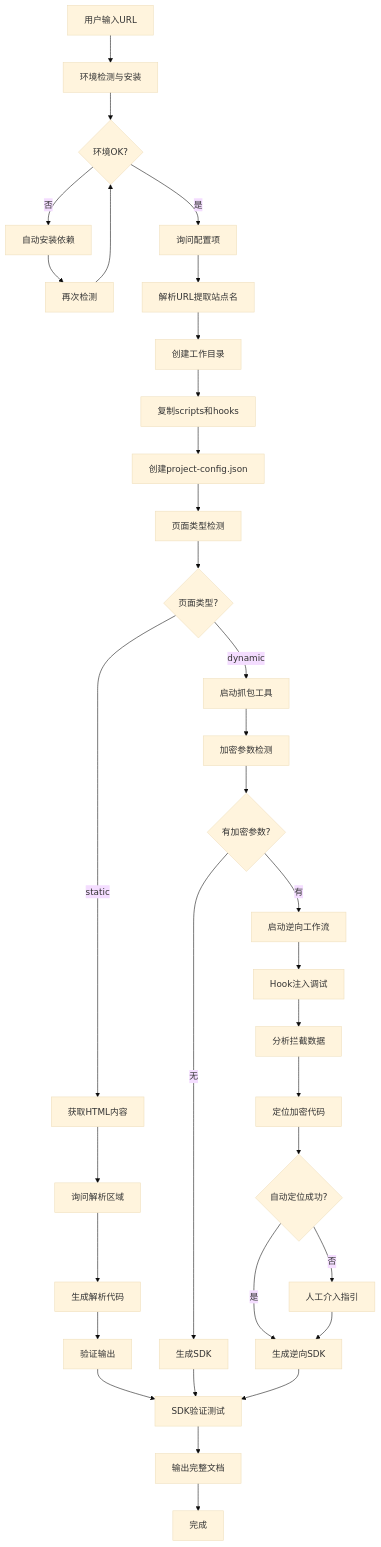
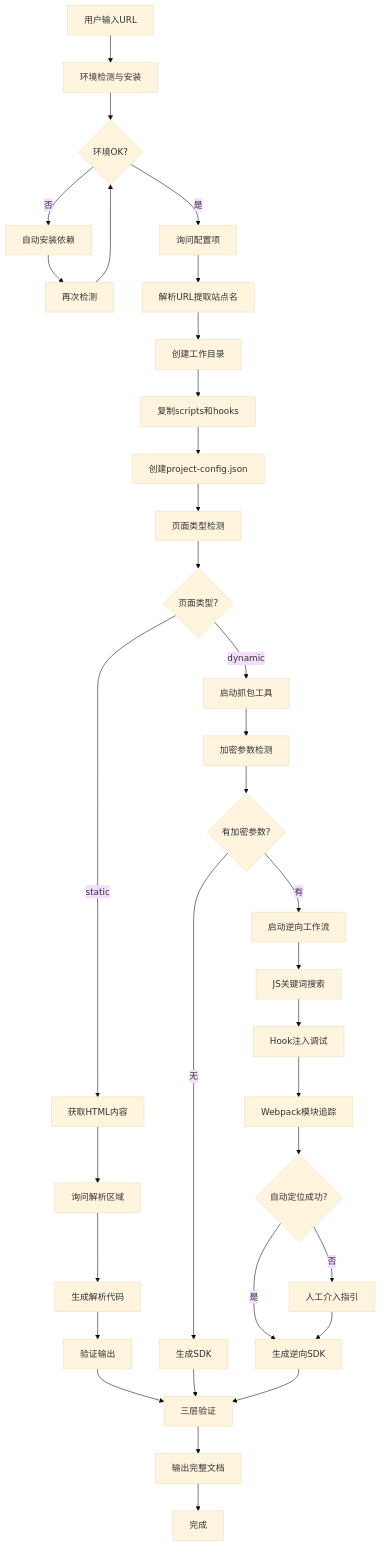
One commit to 854771076/oh-my-claude-skills changed the first of 3 diagrams in .claude/skills/url-analyzer-sdk-gen/skill.md. Above: the diagram before and after it, drawn with Mermaid (base theme). The commit also changed other lines of this file and 13 other files, not shown here.

````diff
--- a/.claude/skills/url-analyzer-sdk-gen/skill.md
+++ b/.claude/skills/url-analyzer-sdk-gen/skill.md
@@ -22,41 +22,41 @@
 ```mermaid
 flowchart TB
     A[用户输入URL] --> A0[环境检测与安装]
     A0 --> A0R{环境OK?}
     A0R -->|否| A0I[自动安装依赖]
     A0I --> A0C[再次检测]
     A0C --> A0R
     A0R -->|是| B[询问配置项]
     B --> C[解析URL提取站点名]
     C --> D[创建工作目录]
     D --> E[复制scripts和hooks]
     E --> F[创建project-config.json]
-    
+
     F --> G[页面类型检测]
     G --> H{页面类型?}
-    
+
     H -->|static| I[获取HTML内容]
     I --> J[询问解析区域]
     J --> K[生成解析代码]
     K --> L[验证输出]
-    
+
     H -->|dynamic| M[启动抓包工具]
     M --> N[加密参数检测]
     N --> O{有加密参数?}
     O -->|无| P[生成SDK]
     O -->|有| Q[启动逆向工作流]
-    
-    Q --> R[Hook注入调试]
-    R --> S[分析拦截数据]
-    S --> T[定位加密代码]
+
+    Q --> R[JS关键词搜索]
+    R --> S[Hook注入调试]
+    S --> T[Webpack模块追踪]
     T --> U{自动定位成功?}
     U -->|是| V[生成逆向SDK]
     U -->|否| W[人工介入指引]
     W --> V
-    
-    L --> X[SDK验证测试]
+
+    L --> X[三层验证]
     P --> X
     V --> X
     X --> Y[输出完整文档]
     Y --> Z[完成]
 ```
````
